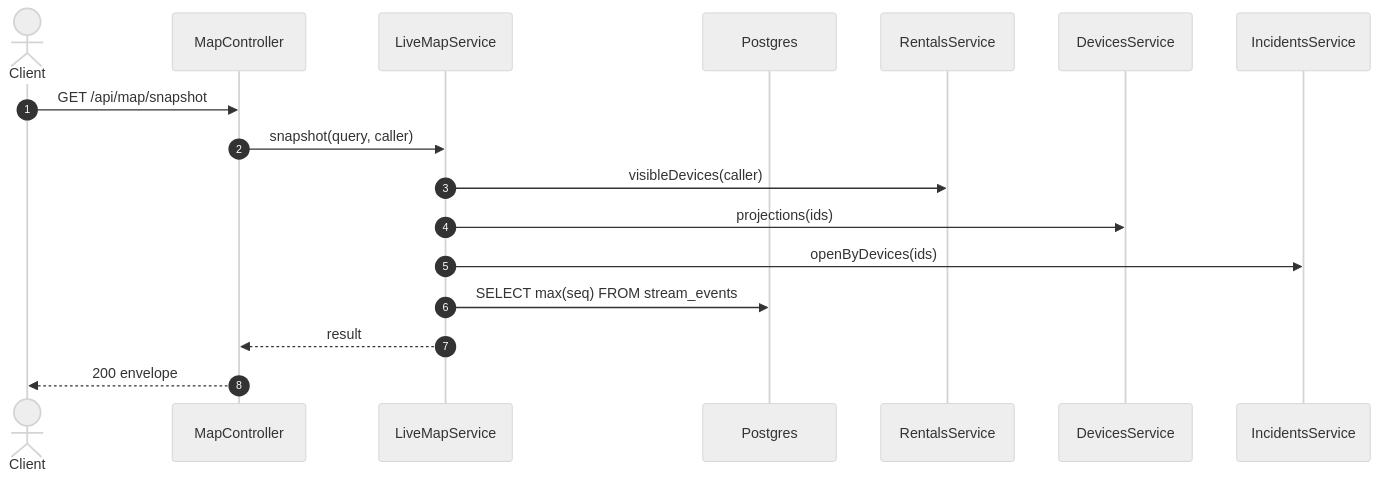
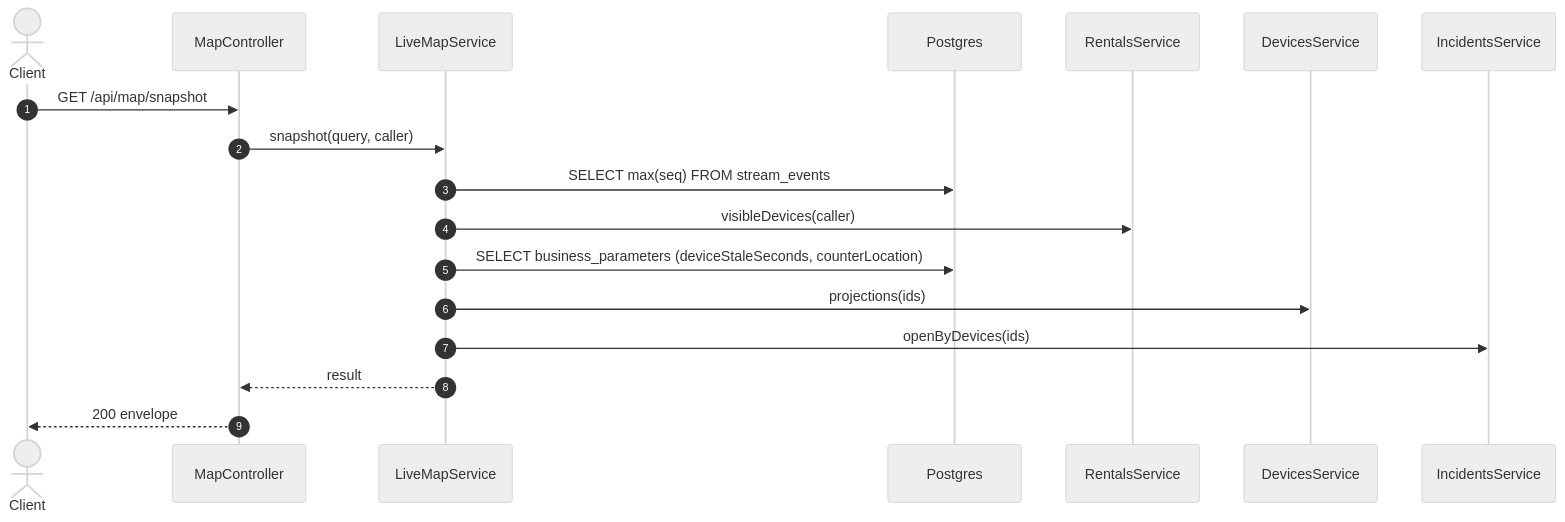
One commit to TrekLink-Team/treklink-web changed the second of 2 diagrams in specs/monitoring/api-design/02-get-map-snapshot.md. Above: the diagram before and after it, drawn with Mermaid (neutral theme). The commit also changed other lines of this file and 12 other files, not shown here.

````diff
--- a/specs/monitoring/api-design/02-get-map-snapshot.md
+++ b/specs/monitoring/api-design/02-get-map-snapshot.md
@@ -158,19 +185,20 @@
 ```mermaid
 sequenceDiagram
     autonumber
     actor C as Client
     participant Ctl as MapController
     participant Svc as LiveMapService
     participant DB as Postgres
     participant Rent as RentalsService
     participant Dev as DevicesService
     participant Inc as IncidentsService
     C->>Ctl: GET /api/map/snapshot
     Ctl->>Svc: snapshot(query, caller)
+    Svc->>DB: SELECT max(seq) FROM stream_events
     Svc->>Rent: visibleDevices(caller)
+    Svc->>DB: SELECT business_parameters (deviceStaleSeconds, counterLocation)
     Svc->>Dev: projections(ids)
     Svc->>Inc: openByDevices(ids)
-    Svc->>DB: SELECT max(seq) FROM stream_events
     Svc-->>Ctl: result
     Ctl-->>C: 200 envelope
 ```
````
